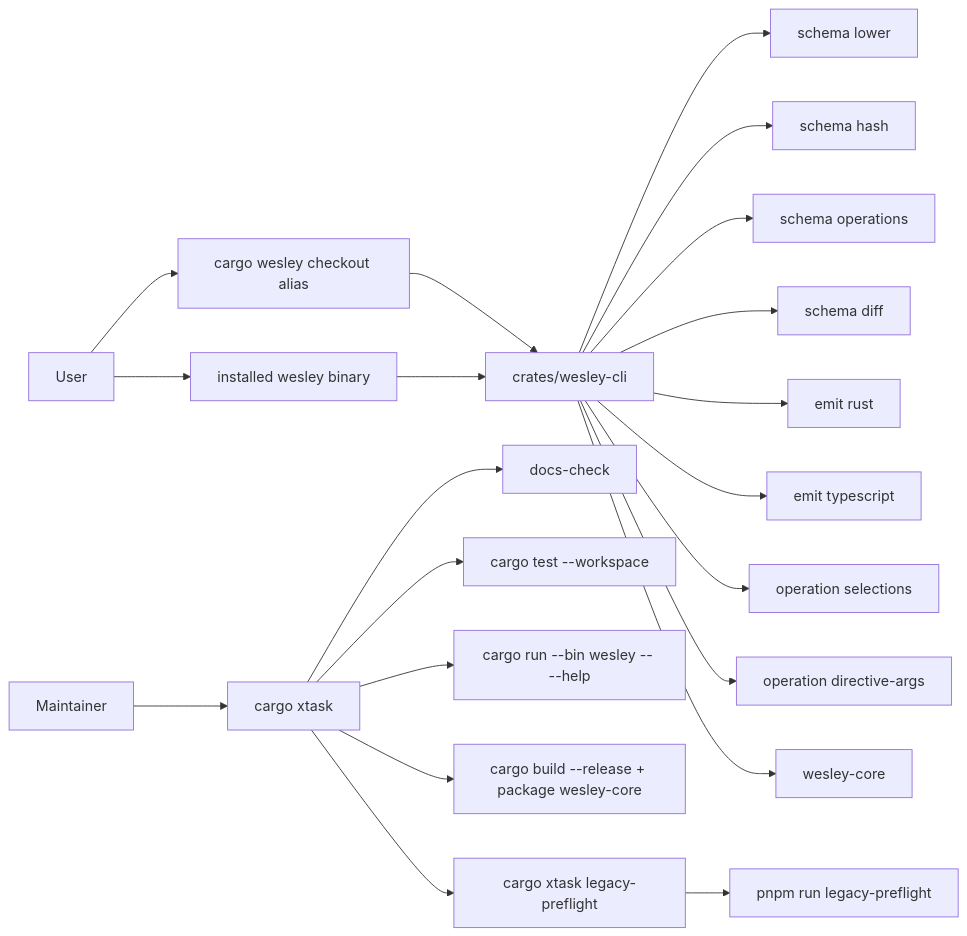
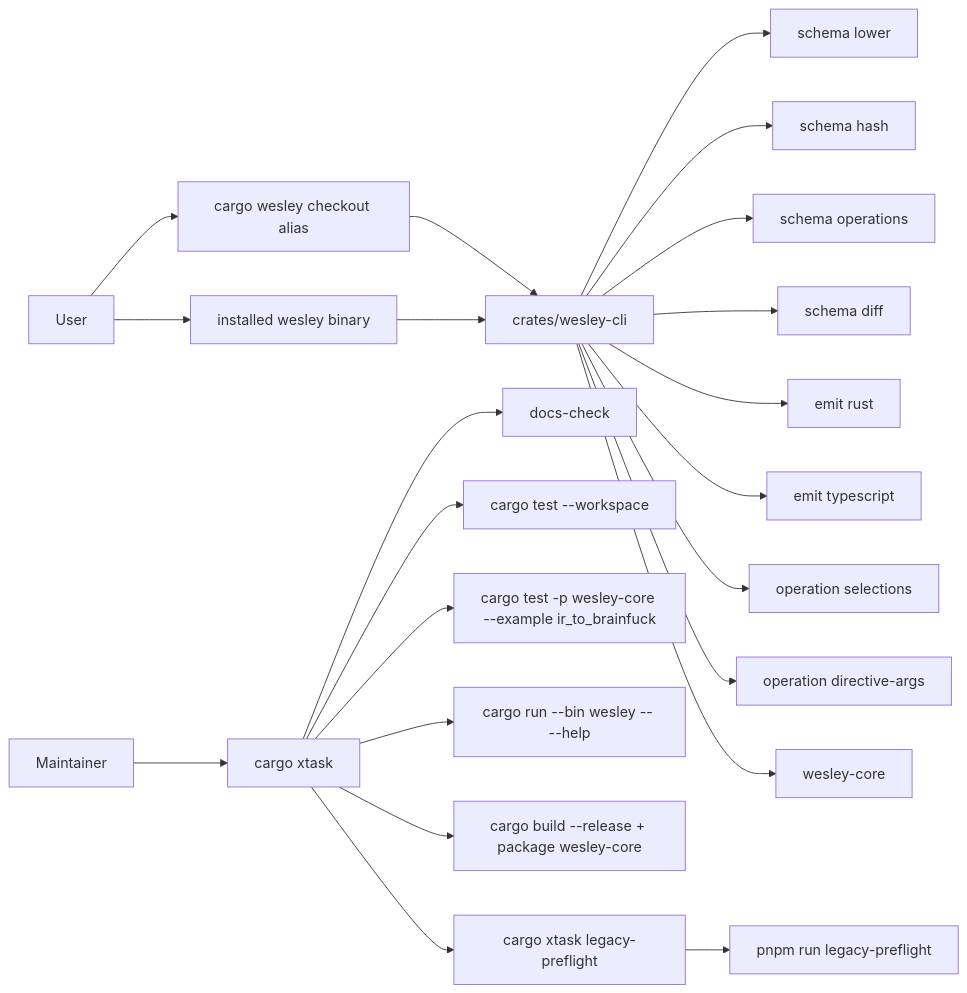
Before and after one commit to flyingrobots/wesley: the fifth of 9 diagrams in docs/ARCHITECTURE.md, drawn with Mermaid. The commit also changed other lines of this file and 6 other files, not shown here.

Commit message:
Fix: document the full preflight test sequence

````diff
--- a/docs/ARCHITECTURE.md
+++ b/docs/ARCHITECTURE.md
@@ -444,24 +444,25 @@
 ```mermaid
 flowchart LR
     User --> CargoWesley[cargo wesley checkout alias]
     User --> InstalledWesley[installed wesley binary]
     CargoWesley --> WesleyBin[crates/wesley-cli]
     InstalledWesley --> WesleyBin
     WesleyBin --> SchemaLower[schema lower]
     WesleyBin --> SchemaHash[schema hash]
     WesleyBin --> SchemaOperations[schema operations]
     WesleyBin --> SchemaDiff[schema diff]
     WesleyBin --> EmitRust[emit rust]
     WesleyBin --> EmitTypescript[emit typescript]
     WesleyBin --> OpSelections[operation selections]
     WesleyBin --> DirectiveArgs[operation directive-args]
     WesleyBin --> CoreFacts[wesley-core]
 
     Maintainer --> CargoXtask[cargo xtask]
     CargoXtask --> DocsCheck[docs-check]
     CargoXtask --> Tests[cargo test --workspace]
+    CargoXtask --> ExampleTests[cargo test -p wesley-core --example ir_to_brainfuck]
     CargoXtask --> NativeHelp[cargo run --bin wesley -- --help]
     CargoXtask --> Release[cargo build --release + package wesley-core]
     CargoXtask --> Legacy[cargo xtask legacy-preflight]
     Legacy --> Pnpm[pnpm run legacy-preflight]
 ```
````
